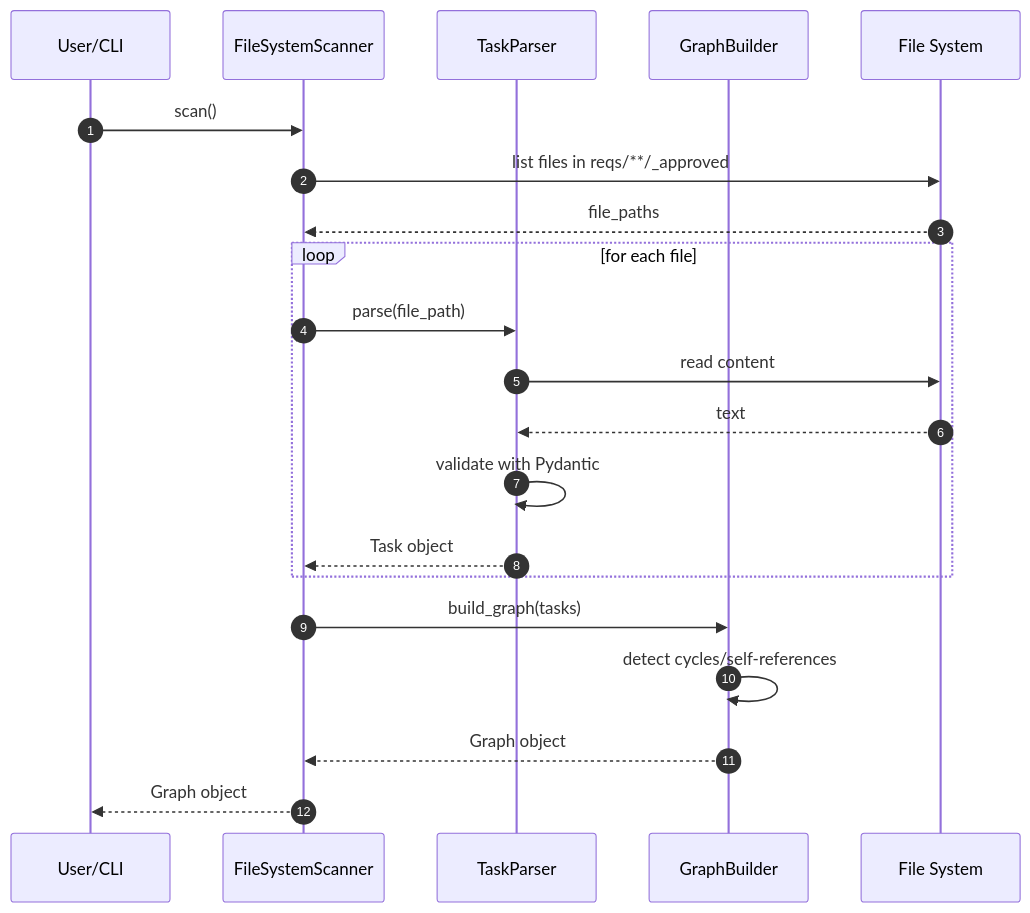
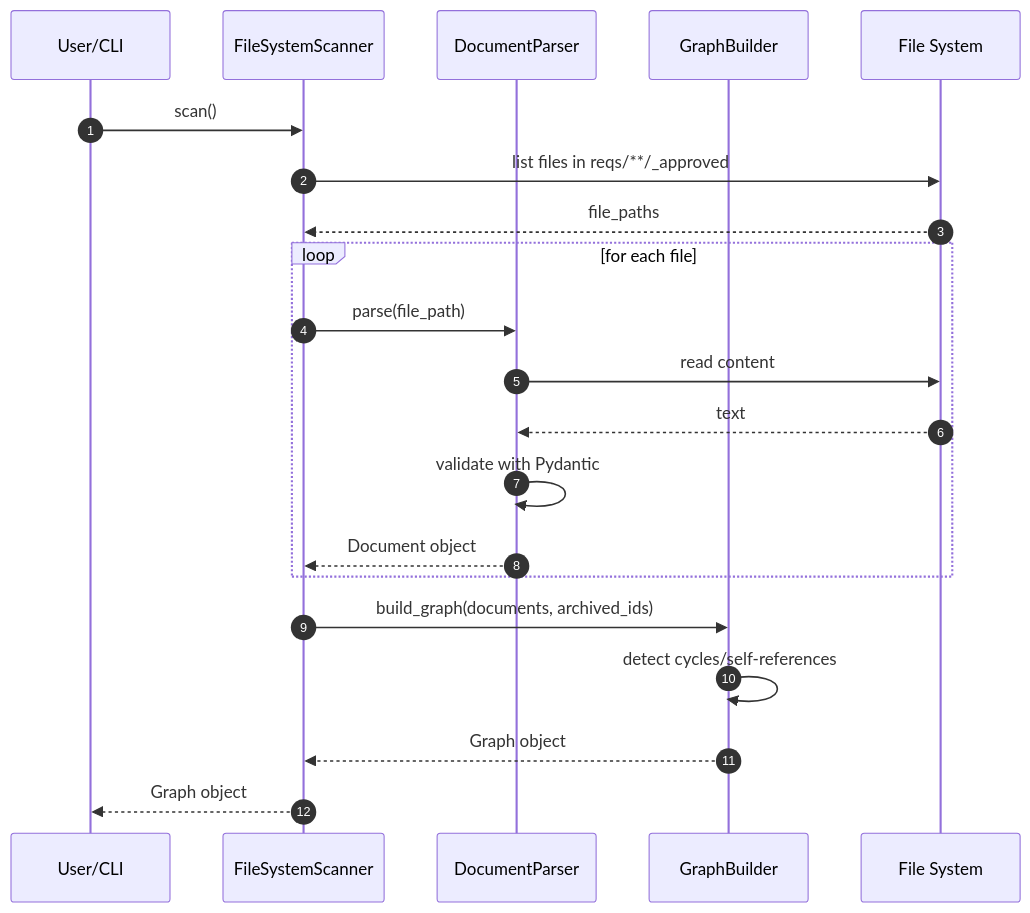
One commit to masa-codehub/issue_creator_kit changed the third of 3 diagrams in docs/architecture/arch-structure-008-scanner.md. Above: the diagram before and after it, drawn with Mermaid. The commit also changed other lines of this file and 3 other files, not shown here.

Commit message:
docs(spec): update GraphBuilder and Visualizer spec based on review #328

````diff
--- a/docs/architecture/arch-structure-008-scanner.md
+++ b/docs/architecture/arch-structure-008-scanner.md
@@ -155,24 +147,24 @@
 ```mermaid
 sequenceDiagram
     autonumber
     participant U as User/CLI
     participant S as FileSystemScanner
-    participant P as TaskParser
+    participant P as DocumentParser
     participant B as GraphBuilder
     participant OS as File System
 
     U->>S: scan()
     S->>OS: list files in reqs/**/_approved
     OS-->>S: file_paths
     loop for each file
         S->>P: parse(file_path)
         P->>OS: read content
         OS-->>P: text
         P->>P: validate with Pydantic
-        P-->>S: Task object
+        P-->>S: Document object
     end
-    S->>B: build_graph(tasks)
+    S->>B: build_graph(documents, archived_ids)
     B->>B: detect cycles/self-references
     B-->>S: Graph object
     S-->>U: Graph object
 ```
````
